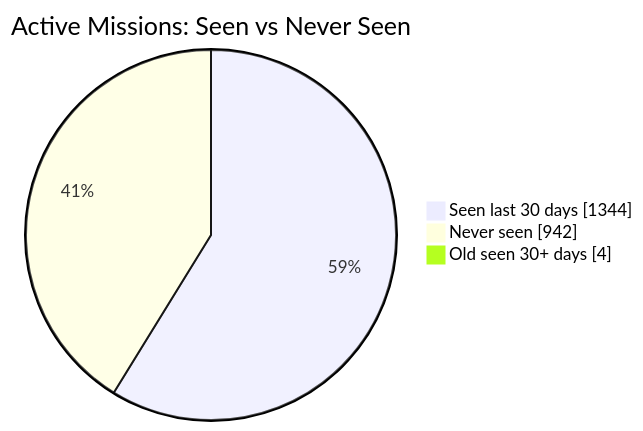
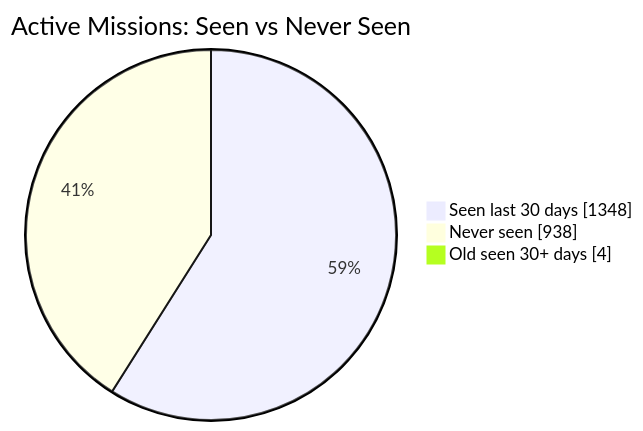
Before and after one commit to MeldkamerspelGameTeam/active-missions: the first of 2 diagrams in README.md, drawn with Mermaid. The commit also changed other lines of this file and 3 other files, not shown here.

````diff
--- a/README.md
+++ b/README.md
@@ -34,7 +34,7 @@
 ```mermaid
 pie showData
     title Active Missions: Seen vs Never Seen
-    "Seen last 30 days" : 1344
-    "Never seen" : 942
+    "Seen last 30 days" : 1348
+    "Never seen" : 938
     "Old seen 30+ days" : 4
 ```
````
